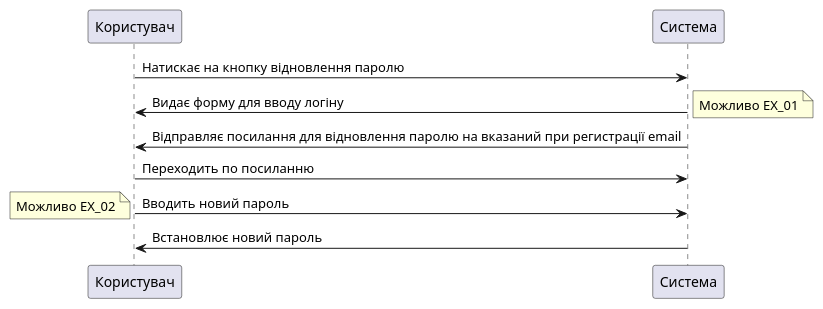
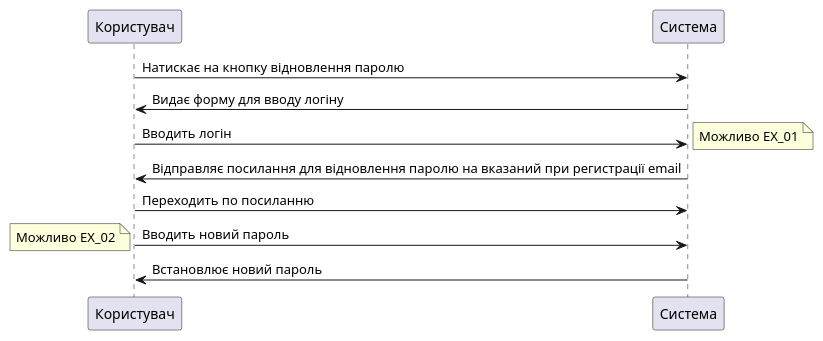
One commit to MaxiskaSN/database_basics_template changed the diagram in src/uml/UC_04.puml. Above: the diagram before and after it, drawn with PlantUML.

```diff
--- a/src/uml/UC_04.puml
+++ b/src/uml/UC_04.puml
@@ -1,10 +1,11 @@
 @startuml
 Користувач->Система : Натискає на кнопку відновлення паролю
 Система->Користувач : Видає форму для вводу логіну
+Користувач->Система : Вводить логін
 note right: Можливо EX_01
 Система->Користувач : Відправляє посилання для відновлення паролю на вказаний при регистрації email
 Користувач->Система : Переходить по посиланню
 Користувач->Система : Вводить новий пароль
 note left: Можливо EX_02
 Система->Користувач : Встановлює новий пароль
 @enduml
```
